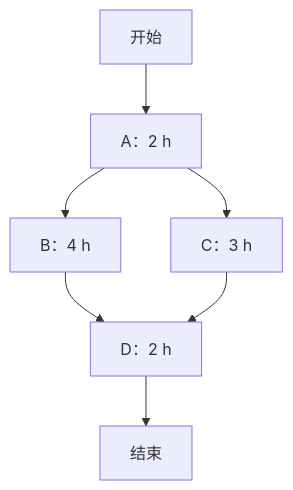
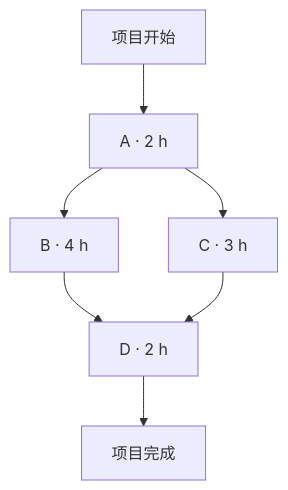
Before and after one commit to ZeyuYu713/system-simulation-learning: the first of 2 diagrams in notes/03-arena-project-process.md, drawn with Mermaid. The commit also changed other lines of this file, not shown here.

````diff
--- a/notes/03-arena-project-process.md
+++ b/notes/03-arena-project-process.md
@@ -22,9 +52,9 @@
 ```mermaid
 flowchart TD
-  S["开始"] --> A["A：2 h"]
-  A --> B["B：4 h"]
-  A --> C["C：3 h"]
-  B --> D["D：2 h"]
+  S["项目开始"] --> A["A · 2 h"]
+  A --> B["B · 4 h"]
+  A --> C["C · 3 h"]
+  B --> D["D · 2 h"]
   C --> D
-  D --> E["结束"]
+  D --> E["项目完成"]
 ```
````
